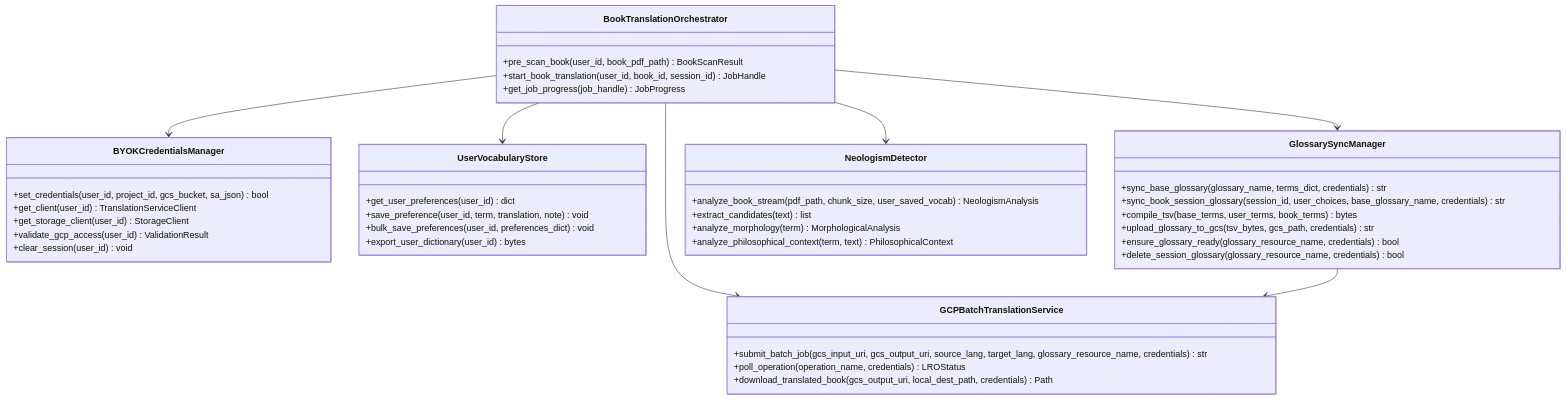
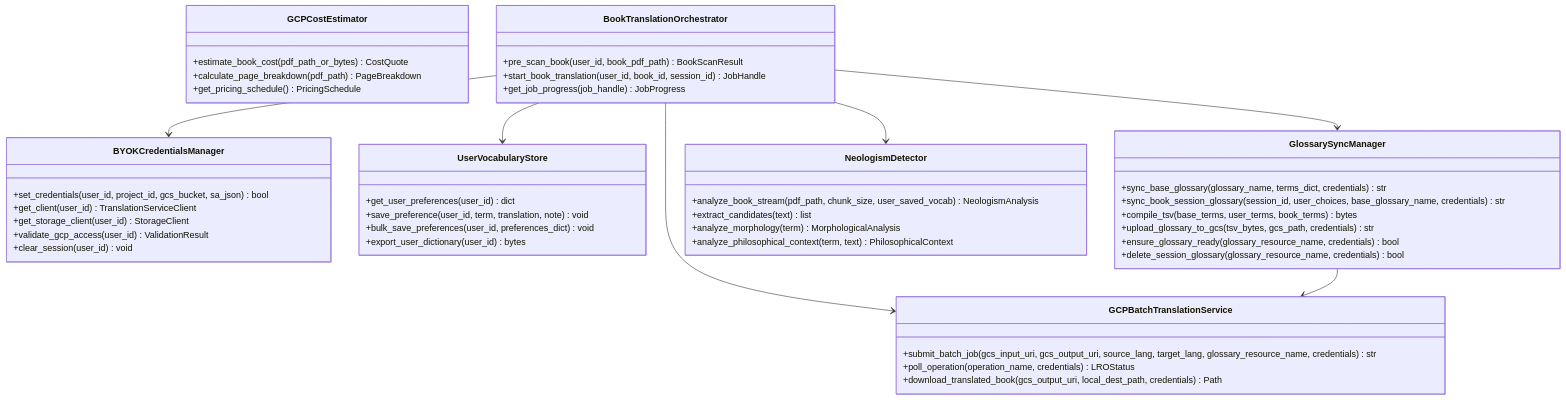
Before and after one commit to JAaron93/PhenomenalLayout: the second of 3 diagrams in spec/gcp-migration/design.md, drawn with Mermaid. The commit also changed other lines of this file and 2 other files, not shown here.

First line of the commit message:
docs(spec): add pre-auth zero-credential GCP cost estimator to spec suite

````diff
--- a/spec/gcp-migration/design.md
+++ b/spec/gcp-migration/design.md
@@ -98,52 +140,58 @@
 ```mermaid
 classDiagram
+    class GCPCostEstimator {
+        +estimate_book_cost(pdf_path_or_bytes) CostQuote
+        +calculate_page_breakdown(pdf_path) PageBreakdown
+        +get_pricing_schedule() PricingSchedule
+    }
+
     class BYOKCredentialsManager {
         +set_credentials(user_id, project_id, gcs_bucket, sa_json) bool
         +get_client(user_id) TranslationServiceClient
         +get_storage_client(user_id) StorageClient
         +validate_gcp_access(user_id) ValidationResult
         +clear_session(user_id) void
     }
 
     class UserVocabularyStore {
         +get_user_preferences(user_id) dict
         +save_preference(user_id, term, translation, note) void
         +bulk_save_preferences(user_id, preferences_dict) void
         +export_user_dictionary(user_id) bytes
     }
 
     class GCPBatchTranslationService {
         +submit_batch_job(gcs_input_uri, gcs_output_uri, source_lang, target_lang, glossary_resource_name, credentials) str
         +poll_operation(operation_name, credentials) LROStatus
         +download_translated_book(gcs_output_uri, local_dest_path, credentials) Path
     }
 
     class GlossarySyncManager {
         +sync_base_glossary(glossary_name, terms_dict, credentials) str
         +sync_book_session_glossary(session_id, user_choices, base_glossary_name, credentials) str
         +compile_tsv(base_terms, user_terms, book_terms) bytes
         +upload_glossary_to_gcs(tsv_bytes, gcs_path, credentials) str
         +ensure_glossary_ready(glossary_resource_name, credentials) bool
         +delete_session_glossary(glossary_resource_name, credentials) bool
     }
 
     class NeologismDetector {
         +analyze_book_stream(pdf_path, chunk_size, user_saved_vocab) NeologismAnalysis
         +extract_candidates(text) list
         +analyze_morphology(term) MorphologicalAnalysis
         +analyze_philosophical_context(term, text) PhilosophicalContext
     }
 
     class BookTranslationOrchestrator {
         +pre_scan_book(user_id, book_pdf_path) BookScanResult
         +start_book_translation(user_id, book_id, session_id) JobHandle
         +get_job_progress(job_handle) JobProgress
     }
 
     BookTranslationOrchestrator --> BYOKCredentialsManager
     BookTranslationOrchestrator --> UserVocabularyStore
     BookTranslationOrchestrator --> NeologismDetector
     BookTranslationOrchestrator --> GlossarySyncManager
     BookTranslationOrchestrator --> GCPBatchTranslationService
     GlossarySyncManager --> GCPBatchTranslationService
 ```
````
